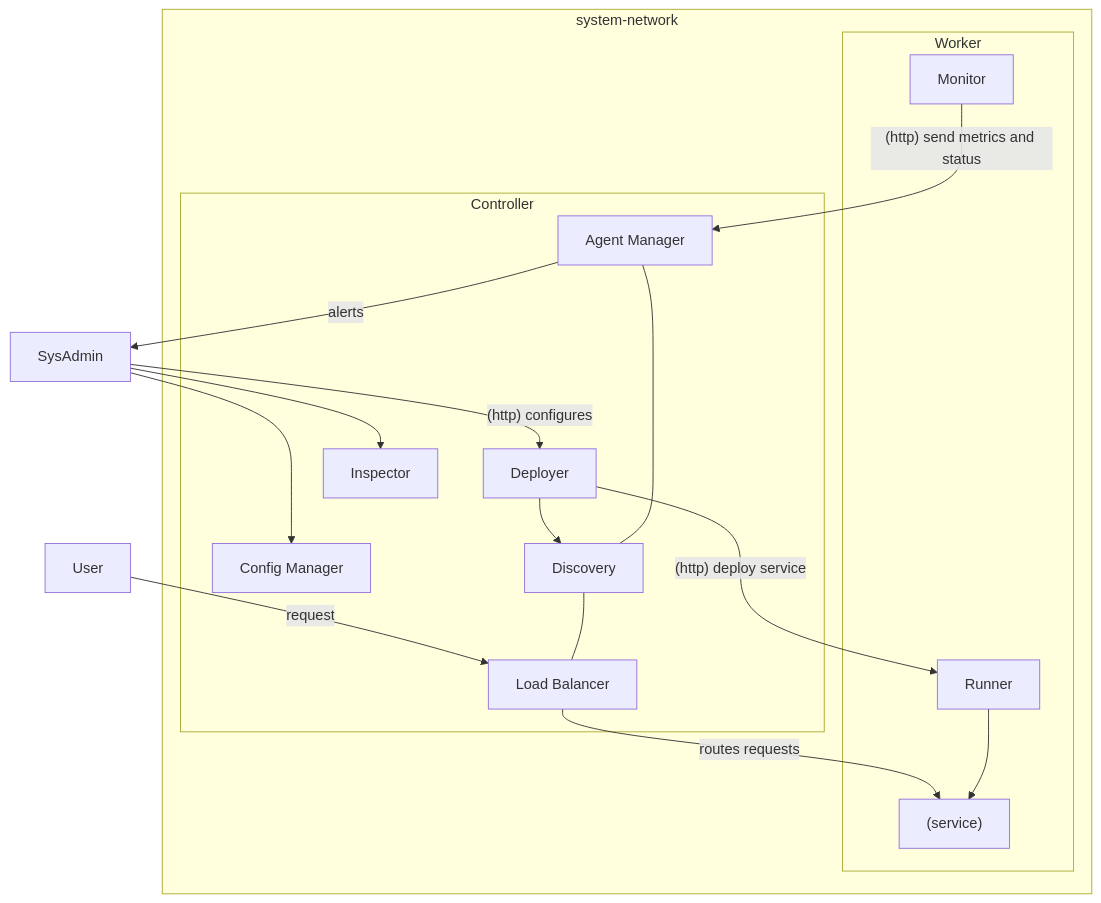
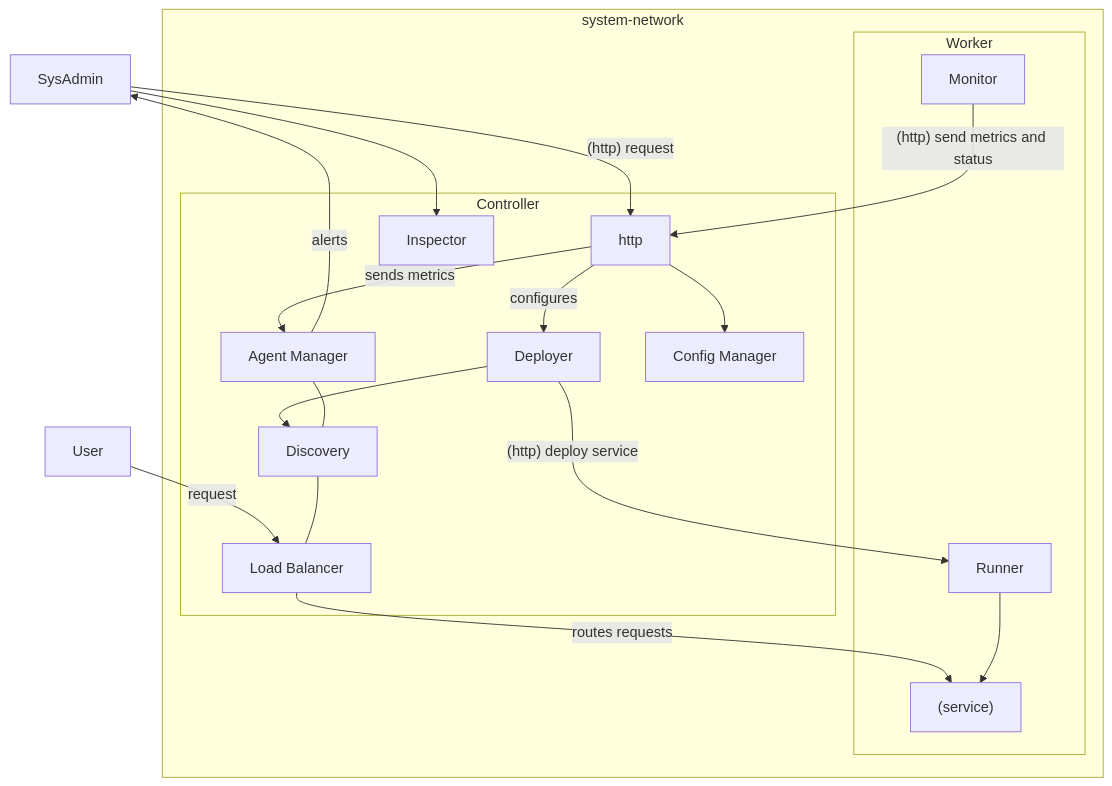
The diagram in docs/DESIGN.md (esfericos/tucano), drawn with Mermaid before and after one commit. The commit also changed other lines of this file, not shown here.

Commit message:
fix(docs): updating diagram/docs with http component (#14)

````diff
--- a/docs/DESIGN.md
+++ b/docs/DESIGN.md
@@ -7,40 +7,44 @@
 ```mermaid
 graph TB
     user["User"]
     user -- request --> balancer
 
     sysadmin["SysAdmin"]
-    sysadmin -- (http) configures --> deployer
-    sysadmin ---> config
+    sysadmin -- (http) request --> http
     sysadmin --> inspector
     agent -- alerts --> sysadmin
 
     subgraph system-network
 
         subgraph Controller
+            http["http"]
             deployer["Deployer"]
             balancer["Load Balancer"]
             agent["Agent Manager"]
             config["Config Manager"]
             inspector["Inspector"]
             discovery["Discovery"]
 
             deployer --> discovery
             discovery --- balancer
             agent --- discovery
         end
 
         balancer -- routes requests --> service
         deployer -- (http) deploy service --> runner
-        monitor -- (http) send metrics and status --> agent
+        monitor -- (http) send metrics and status --> http
+        http -- configures --> deployer
+        http -- sends metrics --> agent
+        http --> config
+
 
         subgraph Worker
             monitor["Monitor"]
             runner["Runner"]
             service["(service)"]
 
             runner --> service
         end
 
     end
 ```
````
